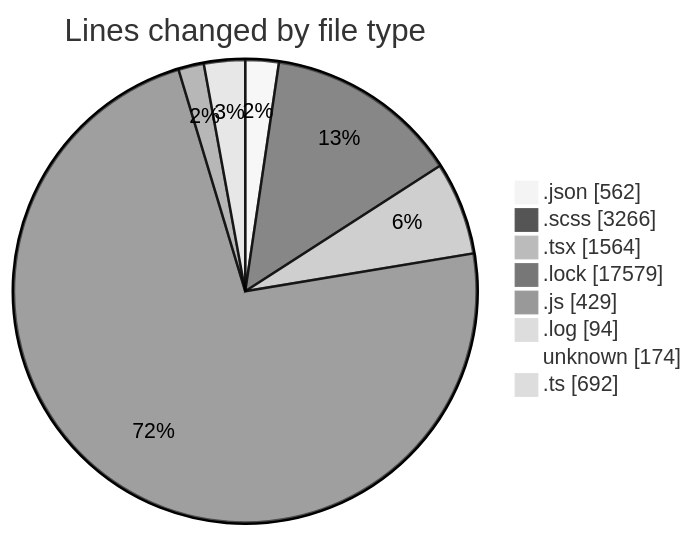
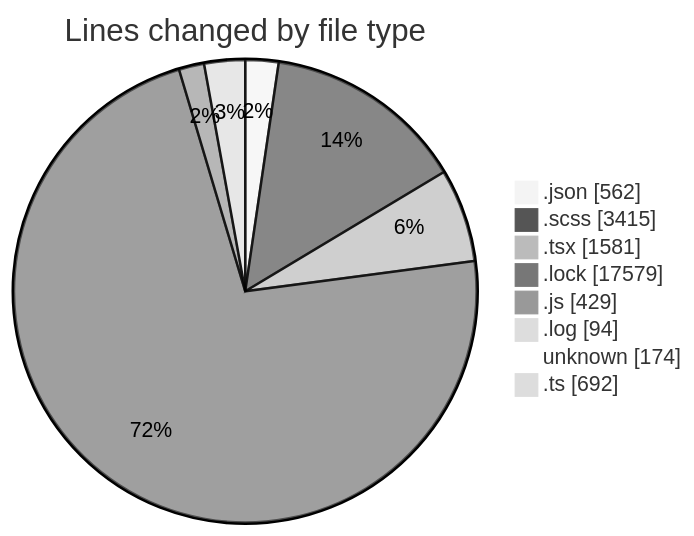
The first of 2 diagrams in 2026-08-11/cda/README.md (momahboobian/code-tracking), drawn with Mermaid (neutral theme) before and after one commit. The commit also changed other lines of this file and 1 other file, not shown here.

````diff
--- a/2026-08-11/cda/README.md
+++ b/2026-08-11/cda/README.md
@@ -57,12 +58,12 @@
 ```mermaid
 pie showData
 title Lines changed by file type
 ".json" : 562
-".scss" : 3266
-".tsx" : 1564
+".scss" : 3415
+".tsx" : 1581
 ".lock" : 17579
 ".js" : 429
 ".log" : 94
 "unknown" : 174
 ".ts" : 692
 ```
````
